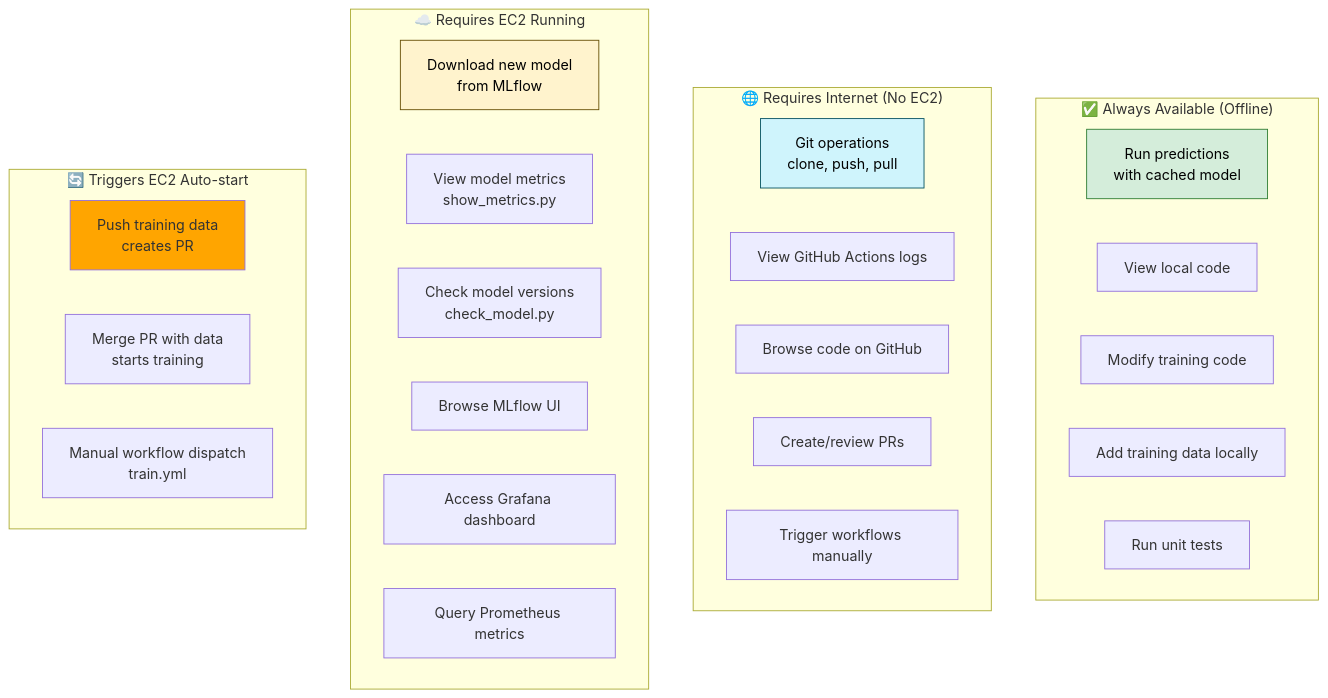
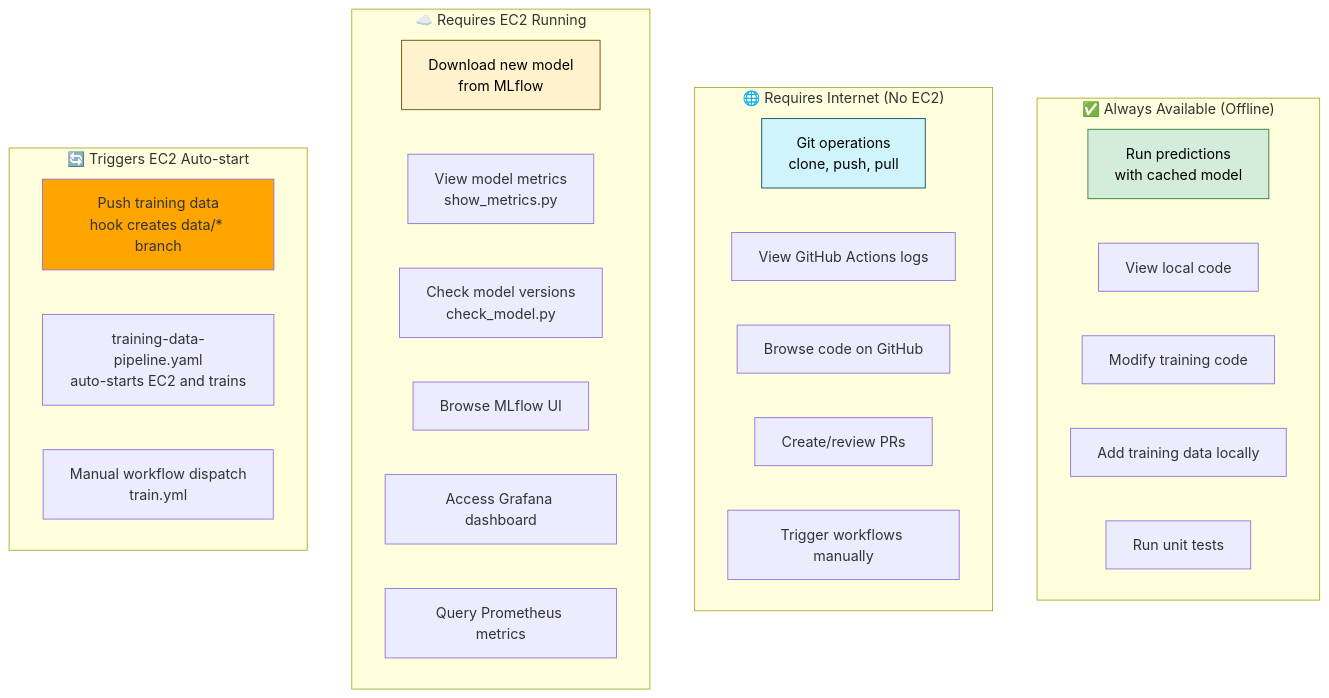
The fifth of 10 diagrams in docs/DIAGRAMS.md (Rafallost/Water-Meters-Segmentation-Autimatization), drawn with Mermaid before and after one commit. The commit also changed other lines of this file and 1 other file, not shown here.

First line of the commit message:
docs: update README and DIAGRAMS to reflect current pipeline

````diff
--- a/docs/DIAGRAMS.md
+++ b/docs/DIAGRAMS.md
@@ -198,38 +199,38 @@
 ```mermaid
 graph TB
     subgraph "✅ Always Available (Offline)"
         A1[Run predictions<br/>with cached model]
         A2[View local code]
         A3[Modify training code]
         A4[Add training data locally]
         A5[Run unit tests]
     end
 
     subgraph "🌐 Requires Internet (No EC2)"
         B1[Git operations<br/>clone, push, pull]
         B2[View GitHub Actions logs]
         B3[Browse code on GitHub]
         B4[Create/review PRs]
         B5[Trigger workflows manually]
     end
 
     subgraph "☁️ Requires EC2 Running"
         C1[Download new model<br/>from MLflow]
         C2[View model metrics<br/>show_metrics.py]
         C3[Check model versions<br/>check_model.py]
         C4[Browse MLflow UI]
         C5[Access Grafana dashboard]
         C6[Query Prometheus metrics]
     end
 
     subgraph "🔄 Triggers EC2 Auto-start"
-        D1[Push training data<br/>creates PR]
-        D2[Merge PR with data<br/>starts training]
+        D1[Push training data<br/>hook creates data/* branch]
+        D2[training-data-pipeline.yaml<br/>auto-starts EC2 and trains]
         D3[Manual workflow dispatch<br/>train.yml]
     end
 
     style A1 fill:#d4edda,stroke:#2e7d32,color:#000
     style B1 fill:#cff4fc,stroke:#055160,color:#000
     style C1 fill:#fff3cd,stroke:#664d03,color:#000
     style D1 fill:#FFA500
 ```
````
